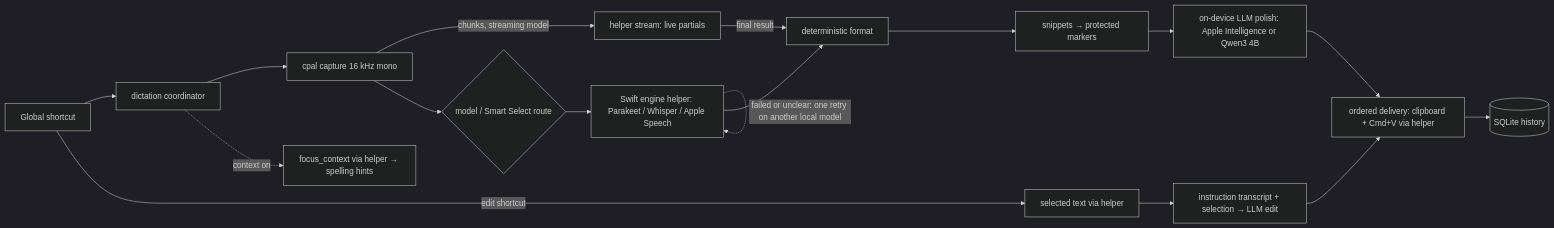
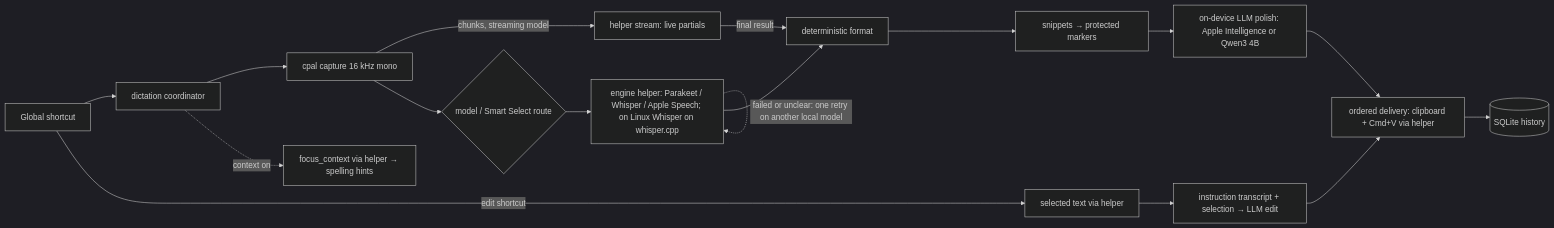
The diagram in docs/internal/architecture.md (yuyudhan/simple-voice), drawn with Mermaid (dark theme) before and after one commit. The commit also changed other lines of this file and 63 other files, not shown here.

Commit message:
✨ Run on Debian and Ubuntu Linux with a whisper.cpp engine helper

````diff
--- a/docs/internal/architecture.md
+++ b/docs/internal/architecture.md
@@ -25,19 +25,19 @@
 ```mermaid
 flowchart LR
     K[Global shortcut] --> C[dictation coordinator]
     C --> A[cpal capture 16 kHz mono]
     C -.->|context on| Q[focus_context via helper → spelling hints]
     A -->|chunks, streaming model| L[helper stream: live partials]
     A --> T{model / Smart Select route}
     L -->|final result| F
-    T --> E[Swift engine helper: Parakeet / Whisper / Apple Speech]
+    T --> E[engine helper: Parakeet / Whisper / Apple Speech; on Linux Whisper on whisper.cpp]
     E -.->|failed or unclear: one retry on another local model| E
     E --> F[deterministic format]
     F --> N[snippets → protected markers]
     N --> P[on-device LLM polish: Apple Intelligence or Qwen3 4B]
     P --> D[ordered delivery: clipboard + Cmd+V via helper]
     D --> H[(SQLite history)]
     K -->|edit shortcut| S[selected text via helper]
     S --> X[instruction transcript + selection → LLM edit]
     X --> D
 ```
````
